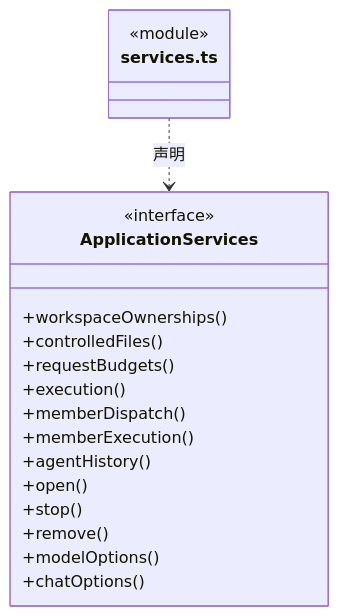
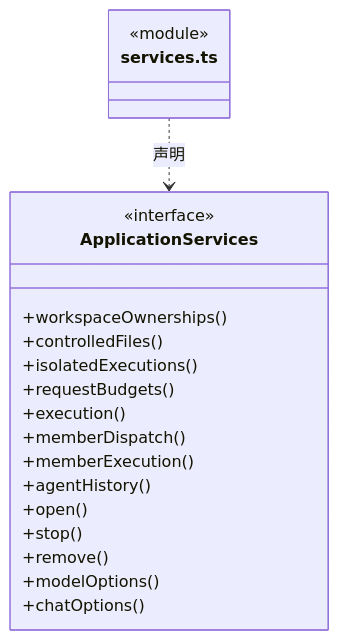
Before and after one commit to nan023062/cbim: the third of 4 diagrams in src/backend/main/ipc/ARCHITECTURE.md, drawn with Mermaid. The commit also changed other lines of this file and 53 other files, not shown here.

````diff
--- a/src/backend/main/ipc/ARCHITECTURE.md
+++ b/src/backend/main/ipc/ARCHITECTURE.md
@@ -63,22 +63,23 @@
 ```mermaid
 classDiagram
 class N_src_backend_main_ipc_services_ts["services.ts"] {
   <<module>>
 }
 class N_src_backend_main_ipc_services_ts_ApplicationServices["ApplicationServices"] {
   <<interface>>
   +workspaceOwnerships()
   +controlledFiles()
+  +isolatedExecutions()
   +requestBudgets()
   +execution()
   +memberDispatch()
   +memberExecution()
   +agentHistory()
   +open()
   +stop()
   +remove()
   +modelOptions()
   +chatOptions()
 }
 N_src_backend_main_ipc_services_ts ..> N_src_backend_main_ipc_services_ts_ApplicationServices : 声明
 ```
````
